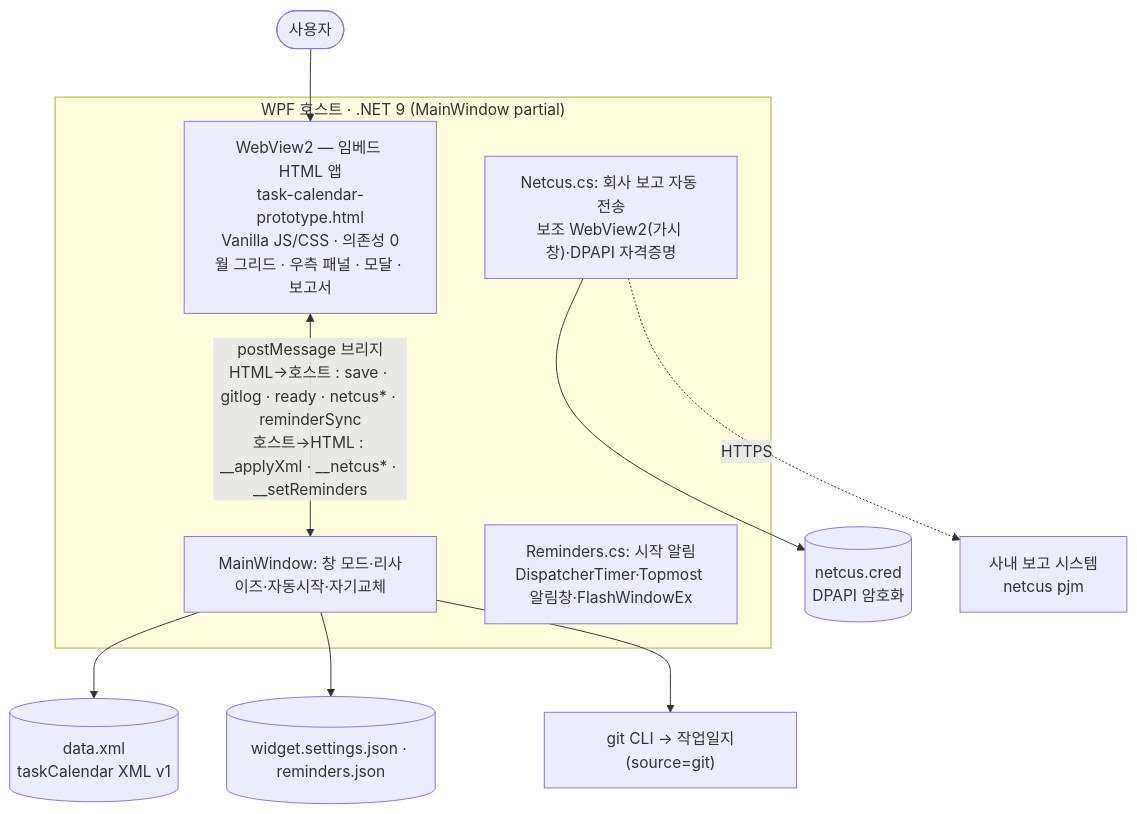
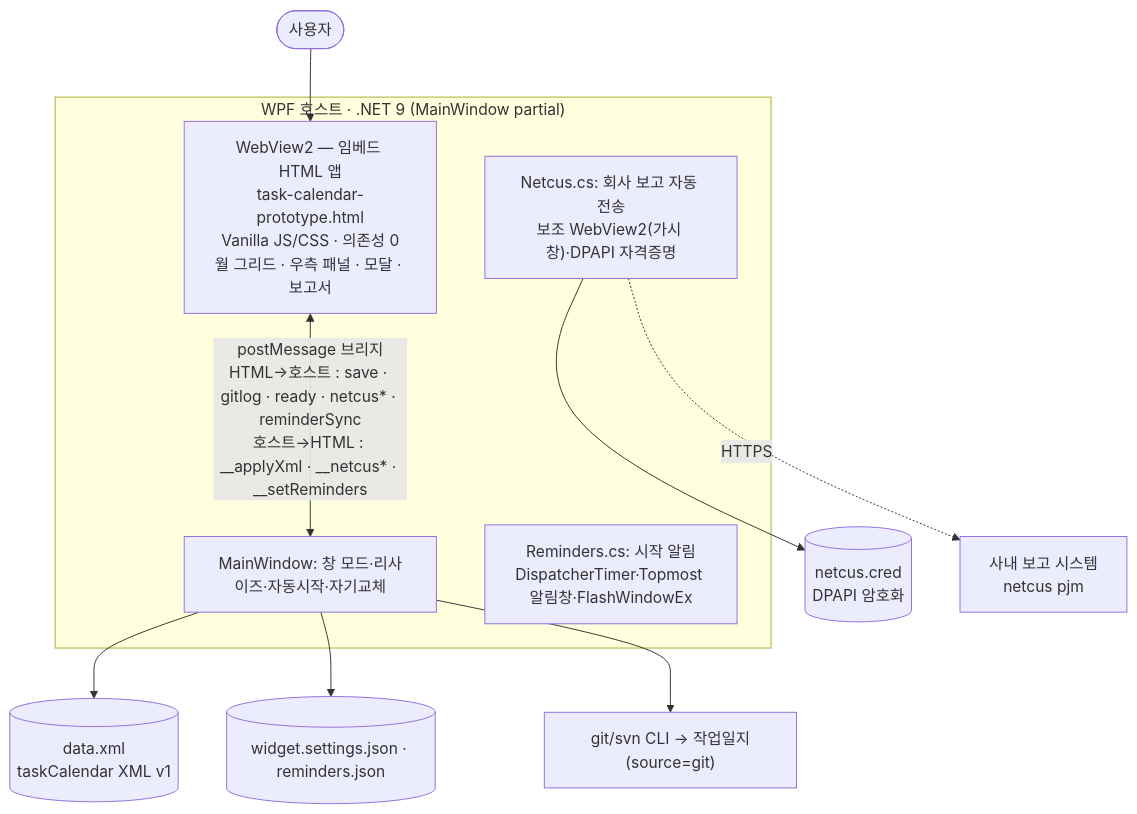
The diagram in README.md (Peace-Min/task-calendar), drawn with Mermaid before and after one commit. The commit also changed other lines of this file, not shown here.

First line of the commit message:
docs(readme): 릴리스 내역(v0.1~v0.4) 섹션 + 버전 배지 + git/svn·커밋 내역 표기 정리

````diff
--- a/README.md
+++ b/README.md
@@ -139,17 +141,17 @@
 ```mermaid
 flowchart TB
   user(["사용자"])
   subgraph host["WPF 호스트 · .NET 9 (MainWindow partial)"]
     app["WebView2 — 임베드 HTML 앱<br/>task-calendar-prototype.html<br/>Vanilla JS/CSS · 의존성 0<br/>월 그리드 · 우측 패널 · 모달 · 보고서"]
     hostfn["MainWindow: 창 모드·리사이즈·자동시작·자기교체"]
     netcus["Netcus.cs: 회사 보고 자동 전송<br/>보조 WebView2(가시 창)·DPAPI 자격증명"]
     rem["Reminders.cs: 시작 알림<br/>DispatcherTimer·Topmost 알림창·FlashWindowEx"]
   end
   user --> app
   app <-->|"postMessage 브리지<br/>HTML→호스트 : save · gitlog · ready · netcus* · reminderSync<br/>호스트→HTML : __applyXml · __netcus* · __setReminders"| hostfn
   hostfn --> xml[("data.xml<br/>taskCalendar XML v1")]
   hostfn --> cfg[("widget.settings.json · reminders.json")]
   netcus --> cred[("netcus.cred<br/>DPAPI 암호화")]
   netcus -.HTTPS.-> pjm["사내 보고 시스템<br/>netcus pjm"]
-  hostfn --> git["git CLI → 작업일지(source=git)"]
+  hostfn --> git["git/svn CLI → 작업일지(source=git)"]
 ```
````
